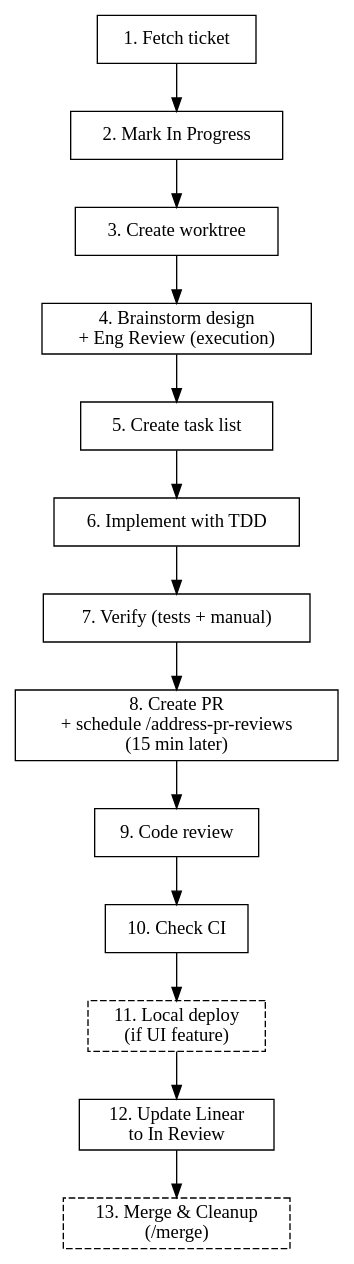
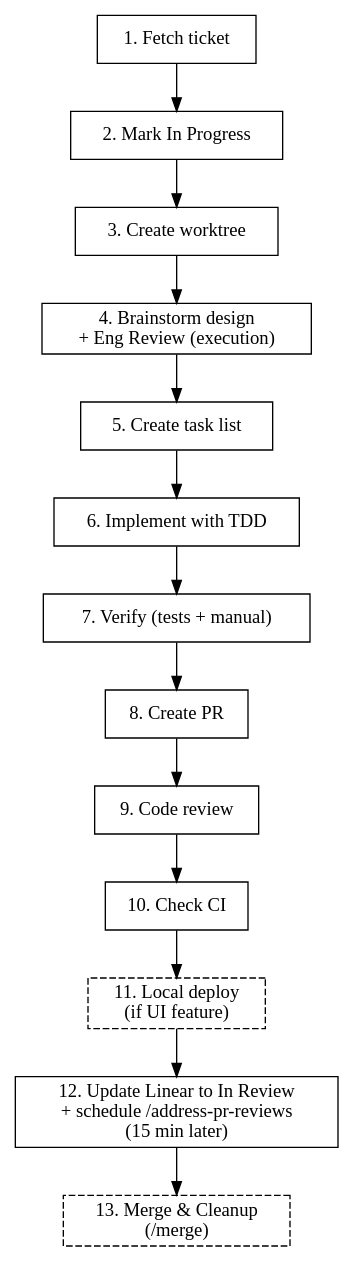
One commit to ianmartorell/claude-config changed the diagram in skills/starting-linear-ticket/SKILL.md. Above: the diagram before and after it, drawn with Graphviz. The commit also changed other lines of this file, not shown here.

First line of the commit message:
starting-linear-ticket: move /address-pr-reviews schedule to Step 12

````diff
--- a/skills/starting-linear-ticket/SKILL.md
+++ b/skills/starting-linear-ticket/SKILL.md
@@ -85,22 +85,22 @@
 ```dot
 digraph workflow {
     rankdir=TB;
 
     fetch [label="1. Fetch ticket", shape=box];
     progress [label="2. Mark In Progress", shape=box];
     worktree [label="3. Create worktree", shape=box];
     brainstorm [label="4. Brainstorm design\n+ Eng Review (execution)", shape=box];
     todos [label="5. Create task list", shape=box];
     tdd [label="6. Implement with TDD", shape=box];
     verify [label="7. Verify (tests + manual)", shape=box];
-    pr [label="8. Create PR\n+ schedule /address-pr-reviews\n(15 min later)", shape=box];
+    pr [label="8. Create PR", shape=box];
     codereview [label="9. Code review", shape=box];
     ci [label="10. Check CI", shape=box];
     localtest [label="11. Local deploy\n(if UI feature)", shape=box, style=dashed];
-    review [label="12. Update Linear\nto In Review", shape=box];
+    review [label="12. Update Linear to In Review\n+ schedule /address-pr-reviews\n(15 min later)", shape=box];
 
     merge [label="13. Merge & Cleanup\n(/merge)", shape=box, style=dashed];
 
     fetch -> progress -> worktree -> brainstorm -> todos -> tdd -> verify -> pr -> codereview -> ci -> localtest -> review -> merge;
 }
 ```
````
